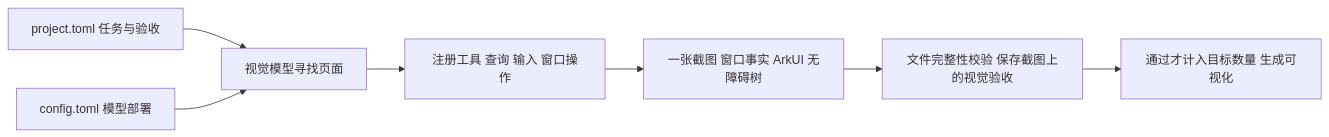
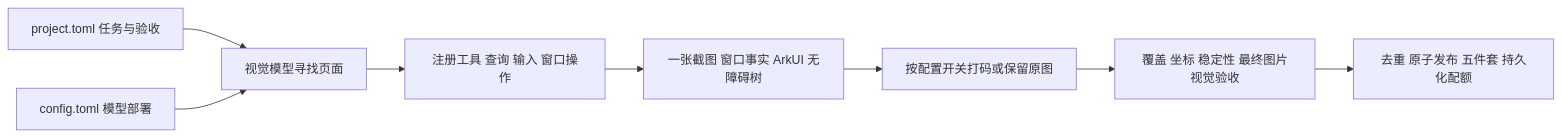
The first of 2 diagrams in README.md (HoldThatThgt/Har-GUI), drawn with Mermaid before and after one commit. The commit also changed other lines of this file and 62 other files, not shown here.

````diff
--- a/README.md
+++ b/README.md
@@ -13,9 +14,10 @@
 ```mermaid
 flowchart LR
     Project[project.toml 任务与验收] --> Agent[视觉模型寻找页面]
     Model[config.toml 模型部署] --> Agent
     Agent --> Tools[注册工具 查询 输入 窗口操作]
     Tools --> Capture[一张截图 窗口事实 ArkUI 无障碍树]
-    Capture --> Check[文件完整性校验 保存截图上的视觉验收]
-    Check --> Result[通过才计入目标数量 生成可视化]
+    Capture --> Privacy[按配置开关打码或保留原图]
+    Privacy --> Check[覆盖 坐标 稳定性 最终图片视觉验收]
+    Check --> Result[去重 原子发布 五件套 持久化配额]
 ```
````
